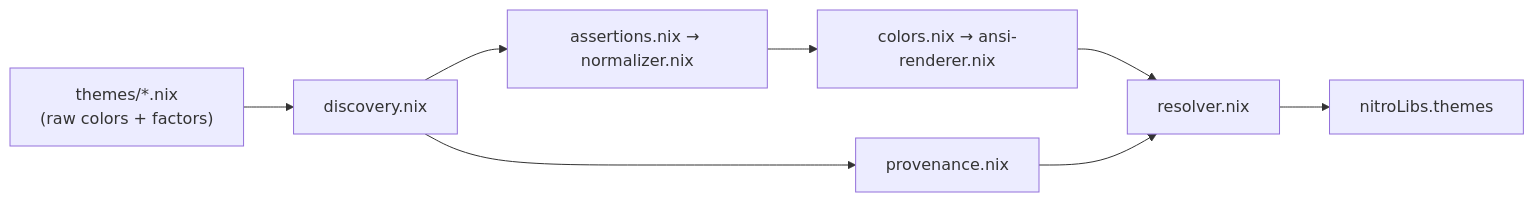
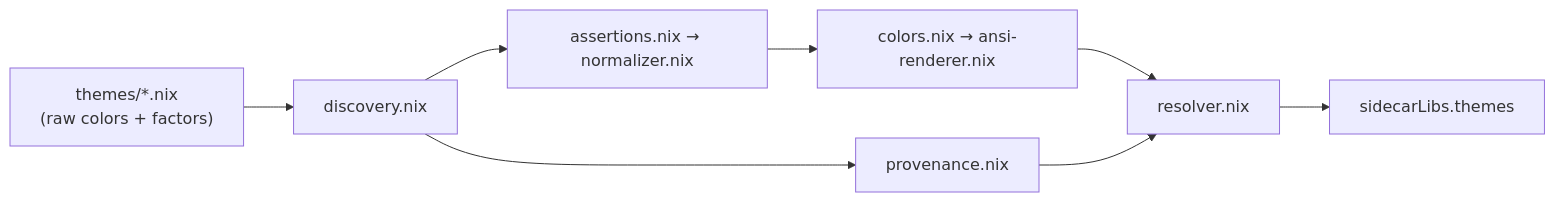
Before and after one commit to cig0/nix-batteries: the diagram in libraries/themes/README.md, drawn with Mermaid. The commit also changed other lines of this file and 24 other files, not shown here.

First line of the commit message:
refactor!: rename nitro branding to sidecar (#86)

````diff
--- a/libraries/themes/README.md
+++ b/libraries/themes/README.md
@@ -24,10 +24,10 @@
 ```mermaid
 graph LR
     A["themes/*.nix<br/>(raw colors + factors)"] --> B["discovery.nix"]
     B --> C["assertions.nix → normalizer.nix"]
     C --> D["colors.nix → ansi-renderer.nix"]
     B --> E["provenance.nix"]
     D --> F["resolver.nix"]
     E --> F
-    F --> G["nitroLibs.themes"]
+    F --> G["sidecarLibs.themes"]
 ```
````
